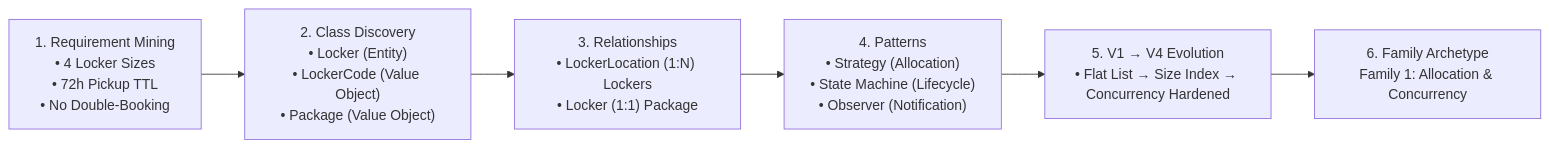
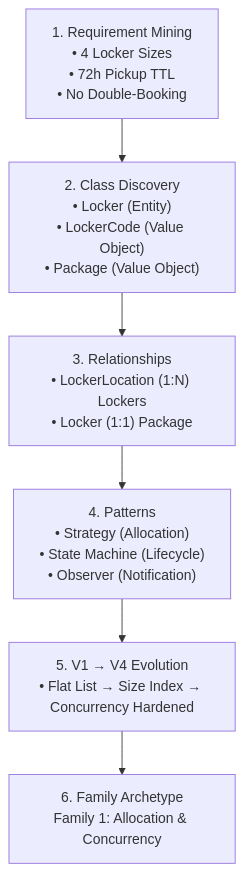
The first of 2 diagrams in LLD/02_Tier2_Classic_LLD/19_Amazon_Locker_System.md (dip4k/DSA_102), drawn with Mermaid before and after one commit. The commit also changed 191 other files, not shown here.

````diff
--- a/LLD/02_Tier2_Classic_LLD/19_Amazon_Locker_System.md
+++ b/LLD/02_Tier2_Classic_LLD/19_Amazon_Locker_System.md
@@ -14,8 +14,8 @@
 ```mermaid
-flowchart LR
-    A["1. Requirement Mining\n• 4 Locker Sizes\n• 72h Pickup TTL\n• No Double-Booking"] --> B["2. Class Discovery\n• Locker (Entity)\n• LockerCode (Value Object)\n• Package (Value Object)"]
-    B --> C["3. Relationships\n• LockerLocation (1:N) Lockers\n• Locker (1:1) Package"]
-    C --> D["4. Patterns\n• Strategy (Allocation)\n• State Machine (Lifecycle)\n• Observer (Notification)"]
-    D --> E["5. V1 → V4 Evolution\n• Flat List → Size Index → Concurrency Hardened"]
-    E --> F["6. Family Archetype\nFamily 1: Allocation & Concurrency"]
+flowchart TD
+    A["1. Requirement Mining<br/>• 4 Locker Sizes<br/>• 72h Pickup TTL<br/>• No Double-Booking"] --> B["2. Class Discovery<br/>• Locker (Entity)<br/>• LockerCode (Value Object)<br/>• Package (Value Object)"]
+    B --> C["3. Relationships<br/>• LockerLocation (1:N) Lockers<br/>• Locker (1:1) Package"]
+    C --> D["4. Patterns<br/>• Strategy (Allocation)<br/>• State Machine (Lifecycle)<br/>• Observer (Notification)"]
+    D --> E["5. V1 → V4 Evolution<br/>• Flat List → Size Index → Concurrency Hardened"]
+    E --> F["6. Family Archetype<br/>Family 1: Allocation & Concurrency"]
 ```
````
